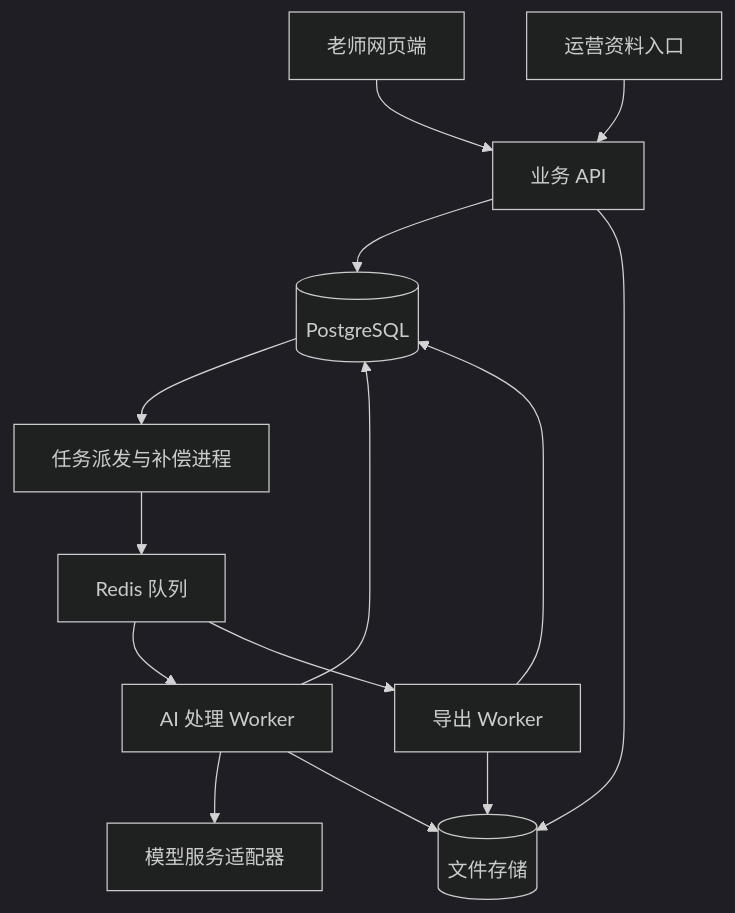
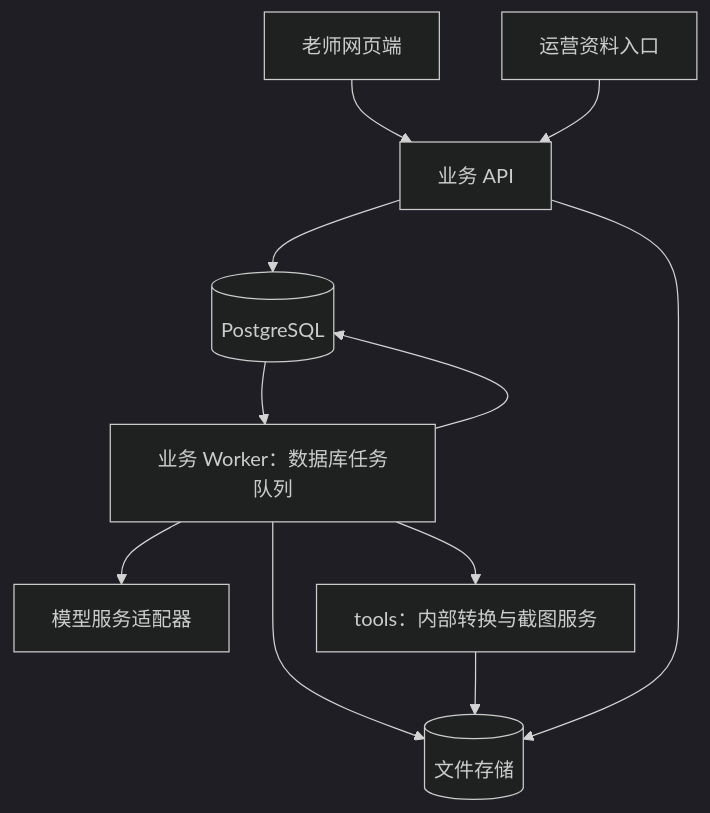
One commit to contr4l/Teassistant changed the diagram in docs/architecture.md. Above: the diagram before and after it, drawn with Mermaid (dark theme). The commit also changed other lines of this file and 32 other files, not shown here.

Commit message:
feat(deploy): separate business worker from versioned tools service

````diff
--- a/docs/architecture.md
+++ b/docs/architecture.md
@@ -13,16 +13,13 @@
 ```mermaid
 flowchart TB
   T[老师网页端] --> A[业务 API]
   O[运营资料入口] --> A
   A --> D[(PostgreSQL)]
   A --> S[(文件存储)]
-  D --> P[任务派发与补偿进程]
-  P --> Q[Redis 队列]
-  Q --> W[AI 处理 Worker]
-  Q --> E[导出 Worker]
+  D --> W[业务 Worker：数据库任务队列]
   W --> M[模型服务适配器]
   W --> D
   W --> S
-  E --> D
+  W --> E[tools：内部转换与截图服务]
   E --> S
 ```
````
